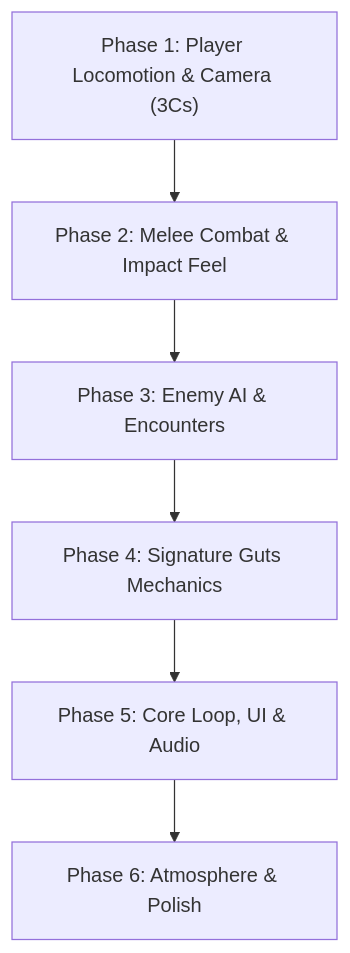
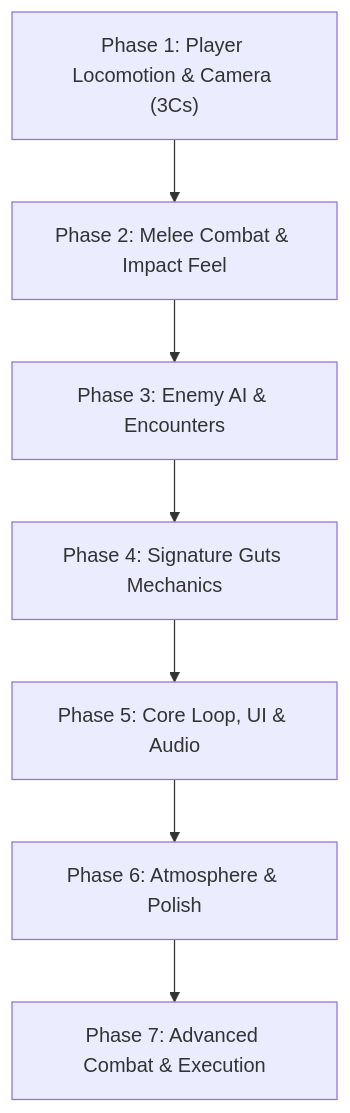
One commit to saiefadnan/berserk changed the diagram in roadmap.md. Above: the diagram before and after it, drawn with Mermaid. The commit also changed other lines of this file, not shown here.

Commit message:
docs: update roadmap with completed Phase 5 milestones and add Phase 7 advanced combat expansion

````diff
--- a/roadmap.md
+++ b/roadmap.md
@@ -21,8 +21,9 @@
 ```mermaid
 flowchart TD
     P1["Phase 1: Player Locomotion & Camera (3Cs)"] --> P2["Phase 2: Melee Combat & Impact Feel"]
     P2 --> P3["Phase 3: Enemy AI & Encounters"]
     P3 --> P4["Phase 4: Signature Guts Mechanics"]
     P4 --> P5["Phase 5: Core Loop, UI & Audio"]
     P5 --> P6["Phase 6: Atmosphere & Polish"]
+    P6 --> P7["Phase 7: Advanced Combat & Execution"]
 ```
````
